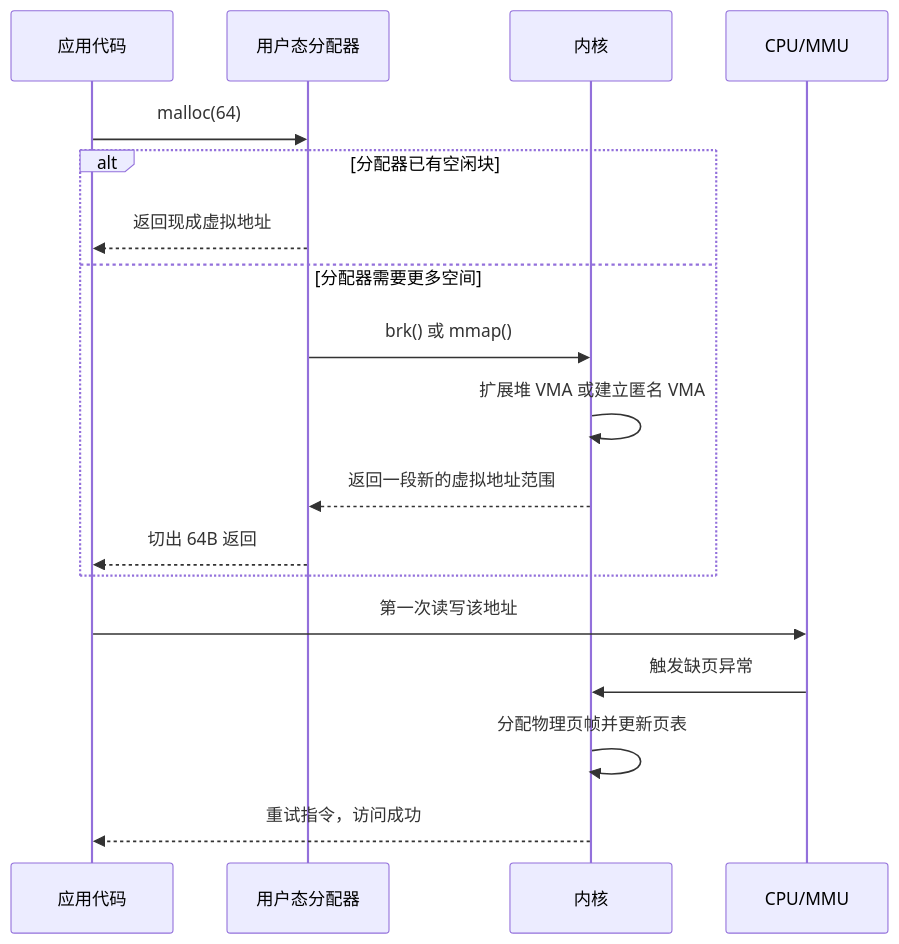
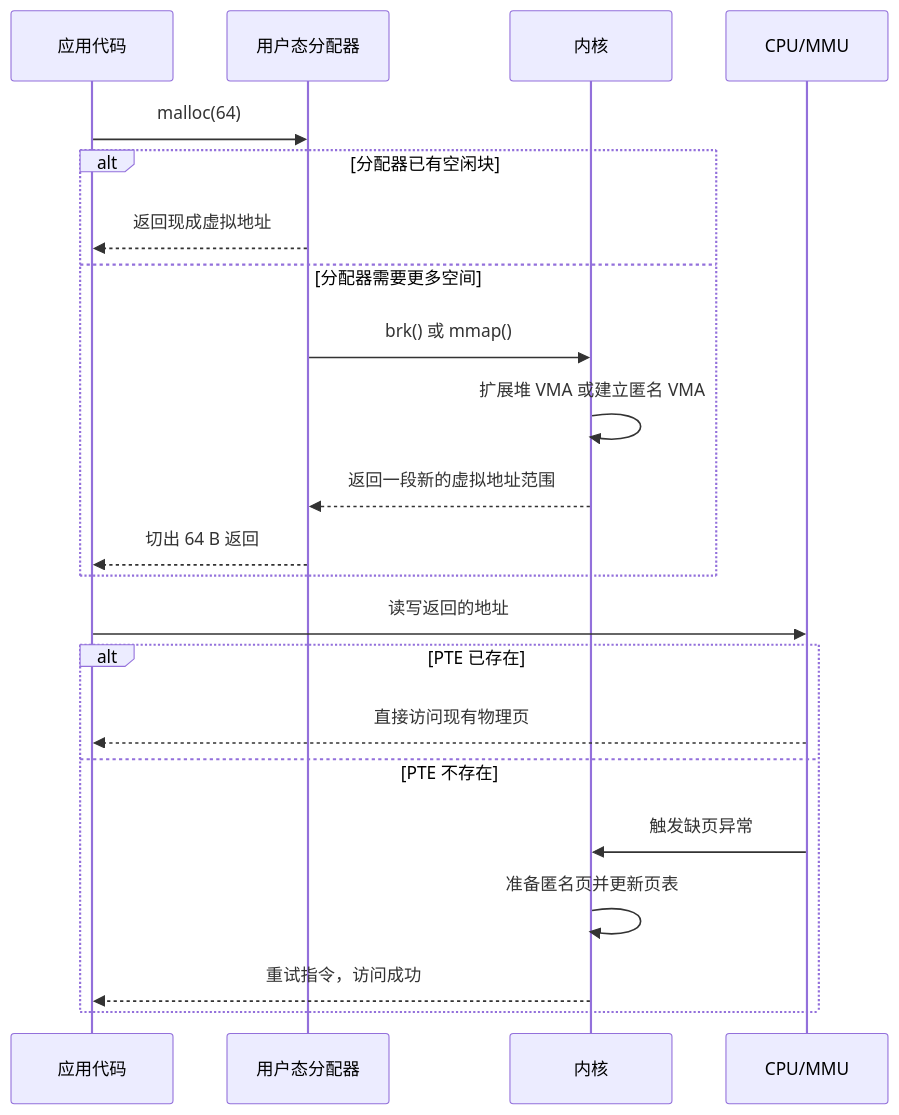
The diagram in course/memory/03-memory-mapping.md (lilhammerfun/hands-on-os), drawn with Mermaid before and after one commit. The commit also changed other lines of this file and 44 other files, not shown here.

````diff
--- a/course/memory/03-memory-mapping.md
+++ b/course/memory/03-memory-mapping.md
@@ -40,21 +50,25 @@
 ```mermaid
 sequenceDiagram
     participant App as 应用代码
     participant Alloc as 用户态分配器
     participant Kernel as 内核
     participant CPU as CPU/MMU
 
     App->>Alloc: malloc(64)
     alt 分配器已有空闲块
         Alloc-->>App: 返回现成虚拟地址
     else 分配器需要更多空间
         Alloc->>Kernel: brk() 或 mmap()
         Kernel->>Kernel: 扩展堆 VMA 或建立匿名 VMA
         Kernel-->>Alloc: 返回一段新的虚拟地址范围
-        Alloc-->>App: 切出 64B 返回
+        Alloc-->>App: 切出 64 B 返回
     end
-    App->>CPU: 第一次读写该地址
-    CPU->>Kernel: 触发缺页异常
-    Kernel->>Kernel: 分配物理页帧并更新页表
-    Kernel-->>App: 重试指令，访问成功
+    App->>CPU: 读写返回的地址
+    alt PTE 已存在
+        CPU-->>App: 直接访问现有物理页
+    else PTE 不存在
+        CPU->>Kernel: 触发缺页异常
+        Kernel->>Kernel: 准备匿名页并更新页表
+        Kernel-->>App: 重试指令，访问成功
+    end
 ```
````
